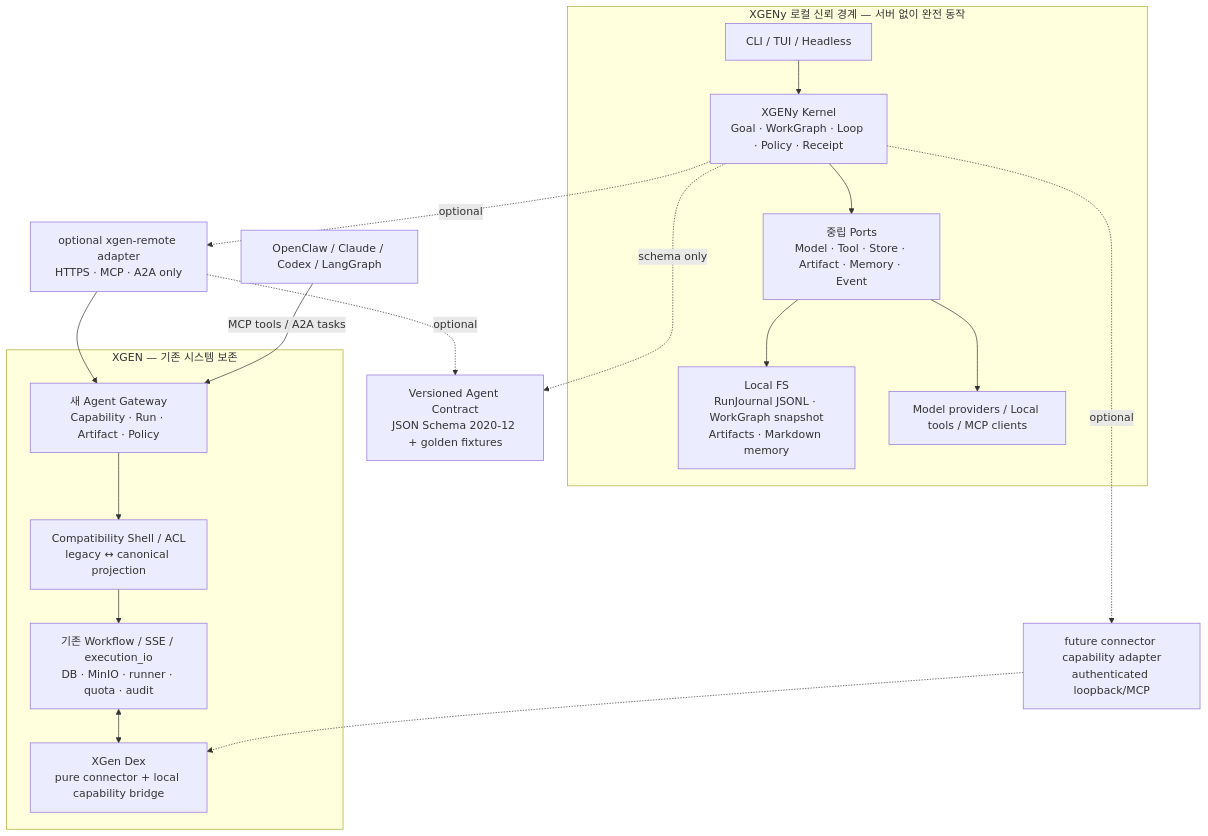
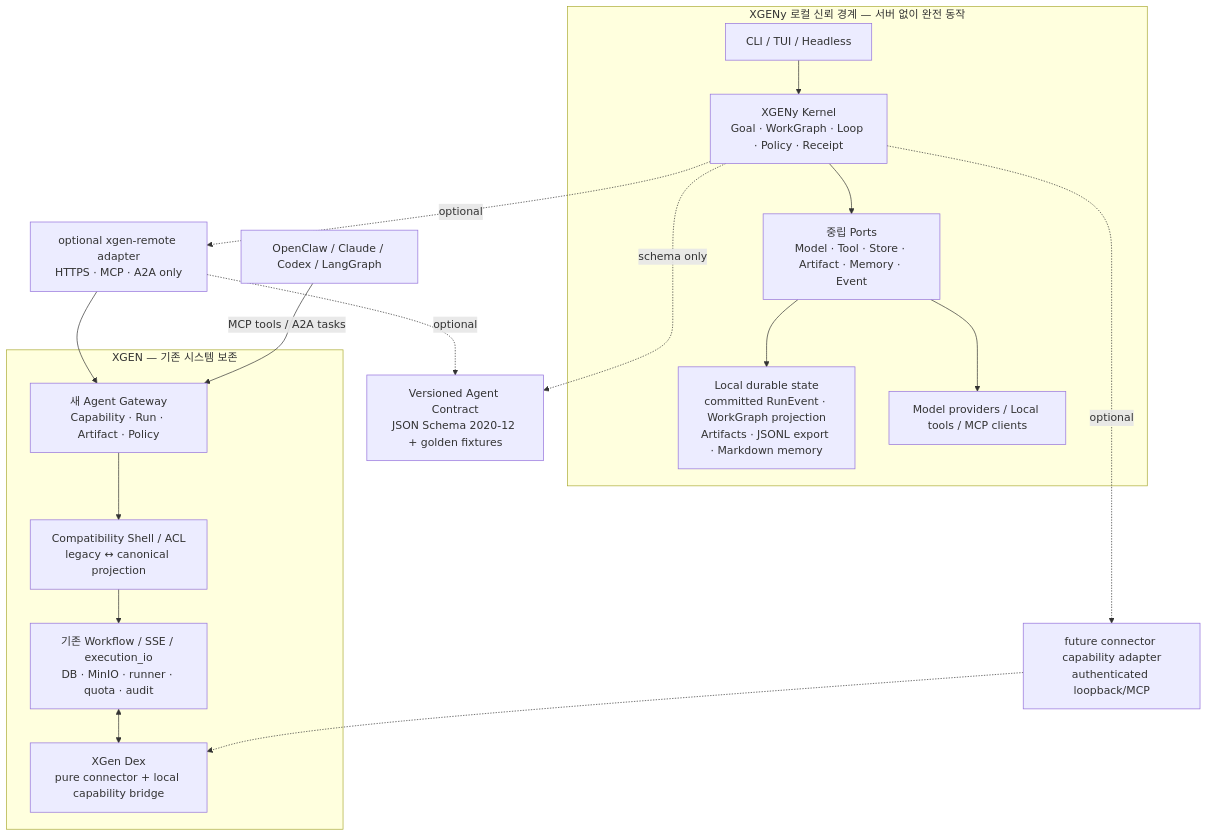
One commit to PlateerLab/xgeny-cli changed the diagram in docs/architecture/2026-08-27-xgeny-xgen-evolution.md. Above: the diagram before and after it, drawn with Mermaid. The commit also changed other lines of this file and 8 other files, not shown here.

````diff
--- a/docs/architecture/2026-08-27-xgeny-xgen-evolution.md
+++ b/docs/architecture/2026-08-27-xgeny-xgen-evolution.md
@@ -121,33 +121,33 @@
 ```mermaid
 flowchart TB
   subgraph Local["XGENy 로컬 신뢰 경계 — 서버 없이 완전 동작"]
     CLI[CLI / TUI / Headless]
     Kernel["XGENy Kernel\nGoal · WorkGraph · Loop · Policy · Receipt"]
     Ports["중립 Ports\nModel · Tool · Store · Artifact · Memory · Event"]
-    FS["Local FS\nRunJournal JSONL · WorkGraph snapshot\nArtifacts · Markdown memory"]
+    FS["Local durable state\ncommitted RunEvent · WorkGraph projection\nArtifacts · JSONL export · Markdown memory"]
     Providers[Model providers / Local tools / MCP clients]
     CLI --> Kernel --> Ports
     Ports --> FS
     Ports --> Providers
   end
 
   Protocol["Versioned Agent Contract\nJSON Schema 2020-12 + golden fixtures"]
   XAdapter["optional xgen-remote adapter\nHTTPS · MCP · A2A only"]
   CAdapter["future connector capability adapter\nauthenticated loopback/MCP"]
 
   subgraph XGEN["XGEN — 기존 시스템 보존"]
     Native["새 Agent Gateway\nCapability · Run · Artifact · Policy"]
     Compat["Compatibility Shell / ACL\nlegacy ↔ canonical projection"]
     Legacy["기존 Workflow / SSE / execution_io\nDB · MinIO · runner · quota · audit"]
     Connector["XGen Dex\npure connector + local capability bridge"]
     Native --> Compat --> Legacy
     Legacy <--> Connector
   end
 
   External[OpenClaw / Claude / Codex / LangGraph]
   Kernel -. schema only .-> Protocol
   XAdapter -. optional .-> Protocol
   Kernel -. optional .-> XAdapter --> Native
   Kernel -. optional .-> CAdapter -.-> Connector
   External -->|MCP tools / A2A tasks| Native
 ```
````
